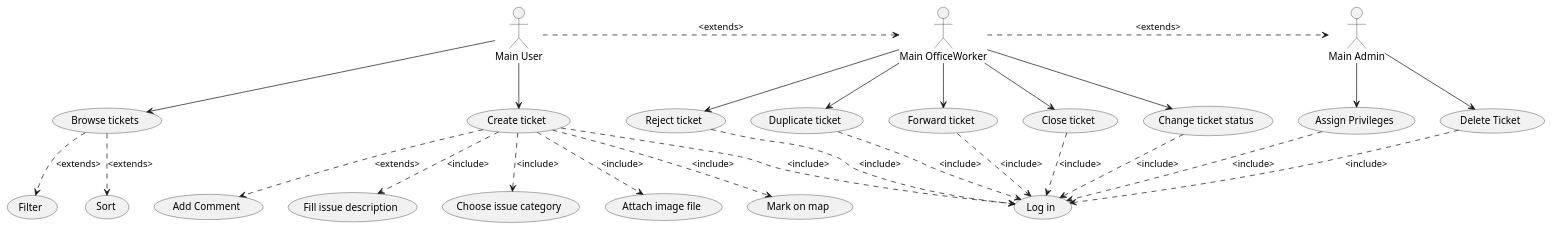
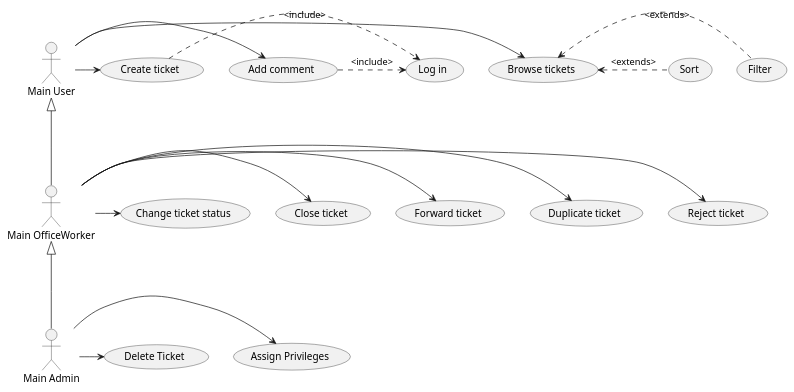
Before and after one commit to ProjectManiacc/TicketingSystem: the diagram in TIcketingSystem.puml, drawn with PlantUML.

Commit message:
Added clients improvement

```diff
--- a/TIcketingSystem.puml
+++ b/TIcketingSystem.puml
@@ -1,45 +1,36 @@
 @startuml
 'https://plantuml.com/use-case-diagram
 
 :Main Admin: as Admin
 :Main OfficeWorker: as OfficeWorker
 :Main User: as User
 
+User <|--- OfficeWorker
+OfficeWorker <|--- Admin
 
-OfficeWorker --> (Reject ticket)
-OfficeWorker --> (Duplicate ticket)
-OfficeWorker --> (Forward ticket)
-OfficeWorker --> (Close ticket)
-OfficeWorker --> (Change ticket status)
+
+OfficeWorker -> (Reject ticket)
+OfficeWorker -> (Duplicate ticket)
+OfficeWorker -> (Forward ticket)
+OfficeWorker -> (Close ticket)
+OfficeWorker -> (Change ticket status)
 
 
 
-User --> (Browse tickets)
-User --> (Create ticket)
-Admin --> (Assign Privileges)
-Admin --> (Delete Ticket)
-User .> OfficeWorker : <extends>
-OfficeWorker .> Admin : <extends>
+User -> (Browse tickets)
+User -> (Add comment)
+User -> (Create ticket)
+
+(Browse tickets) <. (Filter): <extends>
+(Browse tickets) <. (Sort): <extends>
+(Create ticket) .> (Log in): <include>
+(Add comment) .> (Log in): <include>
 
 
-(Browse tickets) ..> (Filter): <extends>
-(Browse tickets) ..> (Sort): <extends>
-(Create ticket) ..> (Add Comment): <extends>
-(Create ticket) ..> (Fill issue description): <include>
-(Create ticket) ..> (Choose issue category): <include>
-(Create ticket) ..> (Attach image file): <include>
-(Create ticket) ..> (Mark on map): <include>
-
-(Forward ticket) ..> (Log in) : <include>
-(Duplicate ticket) ..> (Log in) : <include>
-(Reject ticket) ..> (Log in) : <include>
-(Close ticket) ..> (Log in) : <include>
-(Change ticket status) ..> (Log in) : <include>
-(Create ticket) ..> (Log in): <include>
-(Assign Privileges) ..> (Log in) : <include>
-(Delete Ticket) ..> (Log in) : <include>
+Admin -> (Assign Privileges)
+Admin -> (Delete Ticket)
 
 
 
 
 @enduml
```
